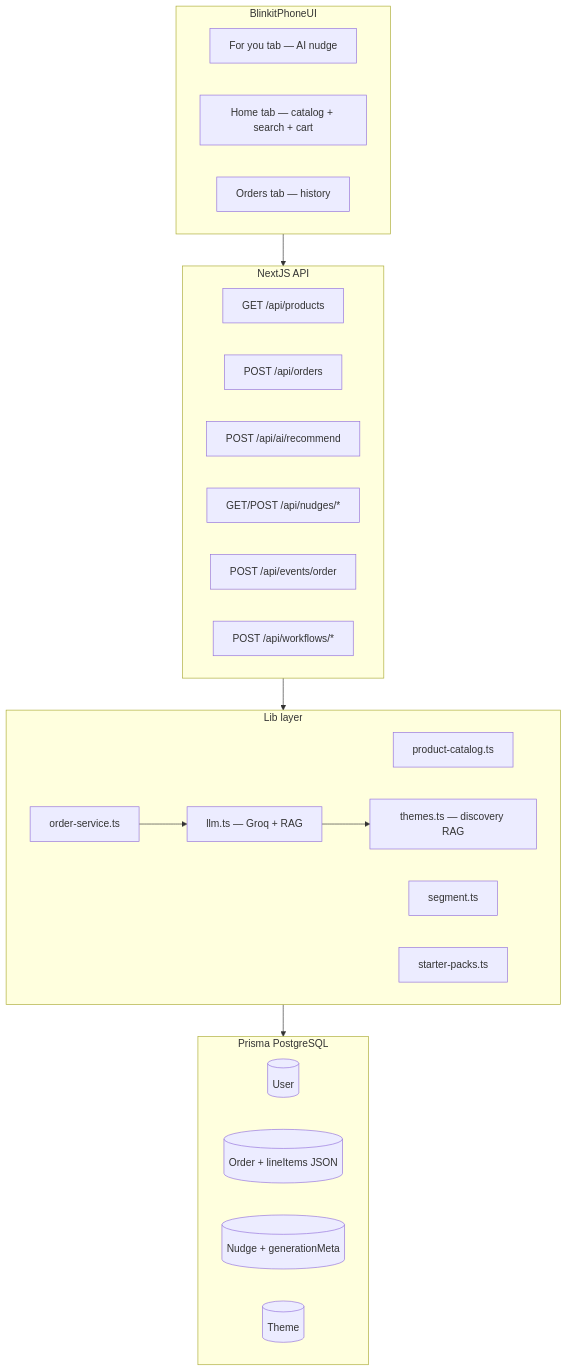
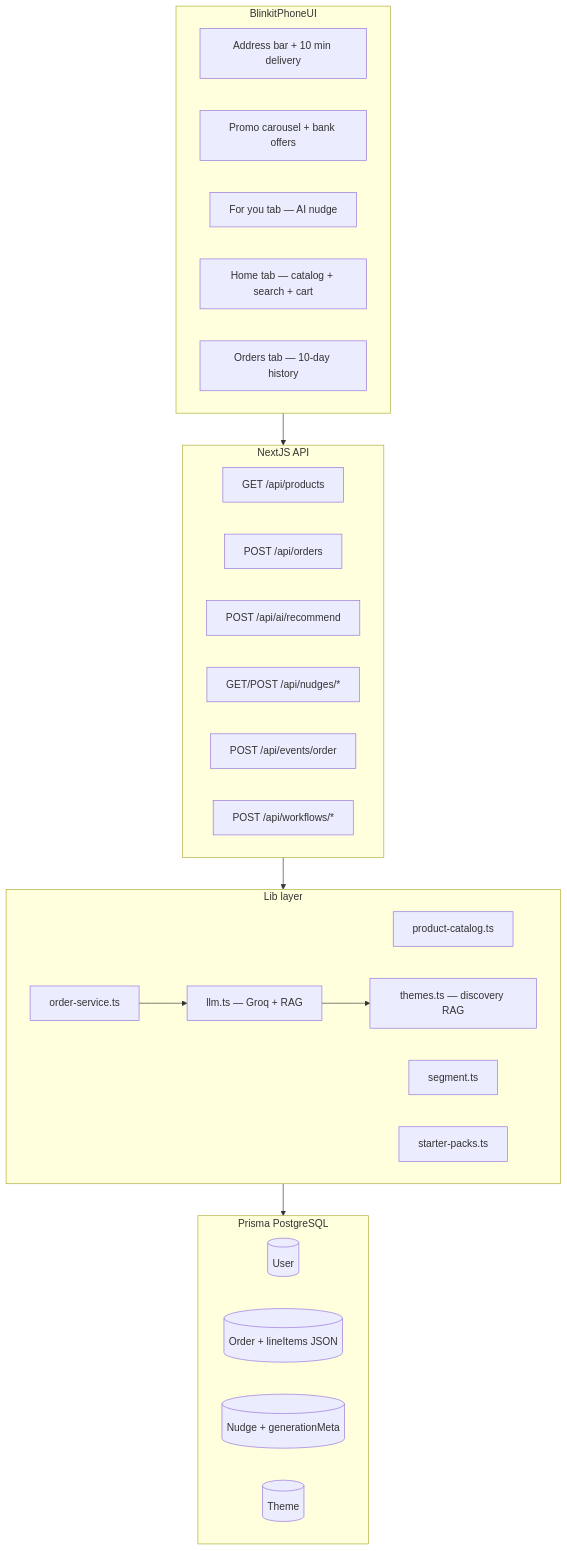
The fourth of 5 diagrams in docs/architecture.md (vrj87/blinkit-copy), drawn with Mermaid before and after one commit. The commit also changed other lines of this file and 46 other files, not shown here.

First line of the commit message:
Add Blinkit storefront UX, cart flow, and embedded collect pipeline.

````diff
--- a/docs/architecture.md
+++ b/docs/architecture.md
@@ -276,39 +278,41 @@
 ```mermaid
 flowchart TB
   subgraph client [BlinkitPhoneUI]
+    Header[Address bar + 10 min delivery]
+    Promos[Promo carousel + bank offers]
     ForYou[For you tab — AI nudge]
     Home[Home tab — catalog + search + cart]
-    Orders[Orders tab — history]
+    Orders[Orders tab — 10-day history]
   end
 
   subgraph api [NextJS API]
     Products["GET /api/products"]
     OrdersAPI["POST /api/orders"]
     AI["POST /api/ai/recommend"]
     Nudges["GET/POST /api/nudges/*"]
     Events["POST /api/events/order"]
     Workflows["POST /api/workflows/*"]
   end
 
   subgraph services [Lib layer]
     Catalog[product-catalog.ts]
     OrderSvc[order-service.ts]
     Segment[segment.ts]
     LLM[llm.ts — Groq + RAG]
     StarterPacks[starter-packs.ts]
     Themes[themes.ts — discovery RAG]
   end
 
   subgraph db [Prisma PostgreSQL]
     User[(User)]
     Order[(Order + lineItems JSON)]
     Nudge[(Nudge + generationMeta)]
     Theme[(Theme)]
   end
 
   client --> api
   api --> services
   services --> db
   LLM --> Themes
   OrderSvc --> LLM
 ```
````
